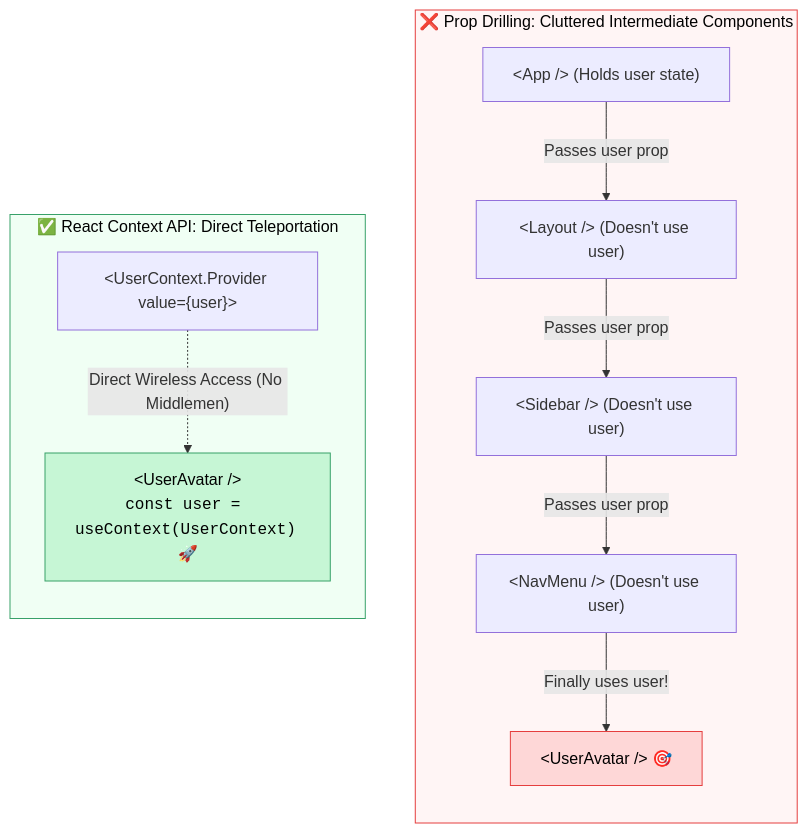
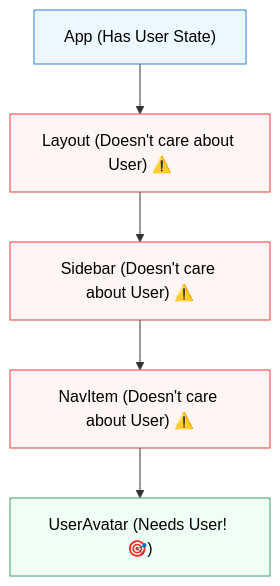
Before and after one commit to Ari-ICU/full-stack-short-coures: the diagram in src/courses/react/module-7-global-state/01-prop-drilling.mdx, drawn with Mermaid. The commit also changed other lines of this file and 52 other files, not shown here.

Commit message:
feat: expand React curriculum with modules on custom hooks, API integration, auth, state management, testing, and production deployment.

````diff
--- a/src/courses/react/module-7-global-state/01-prop-drilling.mdx
+++ b/src/courses/react/module-7-global-state/01-prop-drilling.mdx
@@ -25,22 +24,13 @@
 ```mermaid
-flowchart TD
-    subgraph Problem["❌ Prop Drilling: Cluttered Intermediate Components"]
-        direction TB
-        App["&lt;App /&gt; (Holds user state)"] -->|Passes user prop| Layout["&lt;Layout /&gt; (Doesn't use user)"]
-        Layout -->|Passes user prop| Side["&lt;Sidebar /&gt; (Doesn't use user)"]
-        Side -->|Passes user prop| Nav["&lt;NavMenu /&gt; (Doesn't use user)"]
-        Nav -->|Finally uses user!| Avatar["&lt;UserAvatar /&gt; 🎯"]
-    end
+graph TD
+    App["App (Has User State)"] --> Layout["Layout (Doesn't care about User) ⚠️"]
+    Layout --> Sidebar["Sidebar (Doesn't care about User) ⚠️"]
+    Sidebar --> NavItem["NavItem (Doesn't care about User) ⚠️"]
+    NavItem --> UserAvatar["UserAvatar (Needs User! 🎯)"]
 
-    subgraph Solution["✅ React Context API: Direct Teleportation"]
-        direction TB
-        Provider["&lt;UserContext.Provider value={user}&gt;"]
-        Target["&lt;UserAvatar /&gt;<br><code>const user = useContext(UserContext)</code> 🚀"]
-        Provider -.->|"Direct Wireless Access (No Middlemen)"| Target
-    end
-
-    style Problem fill:#fff5f5,stroke:#e53e3e,color:#000
-    style Solution fill:#f0fff4,stroke:#38a169,color:#000
-    style Avatar fill:#fed7d7,stroke:#e53e3e,color:#000
-    style Target fill:#c6f6d5,stroke:#38a169,color:#000
+    style App fill:#ebf8ff,stroke:#3182ce,color:#000
+    style Layout fill:#fff5f5,stroke:#e53e3e,color:#000
+    style Sidebar fill:#fff5f5,stroke:#e53e3e,color:#000
+    style NavItem fill:#fff5f5,stroke:#e53e3e,color:#000
+    style UserAvatar fill:#f0fff4,stroke:#38a169,color:#000
 ```
````
